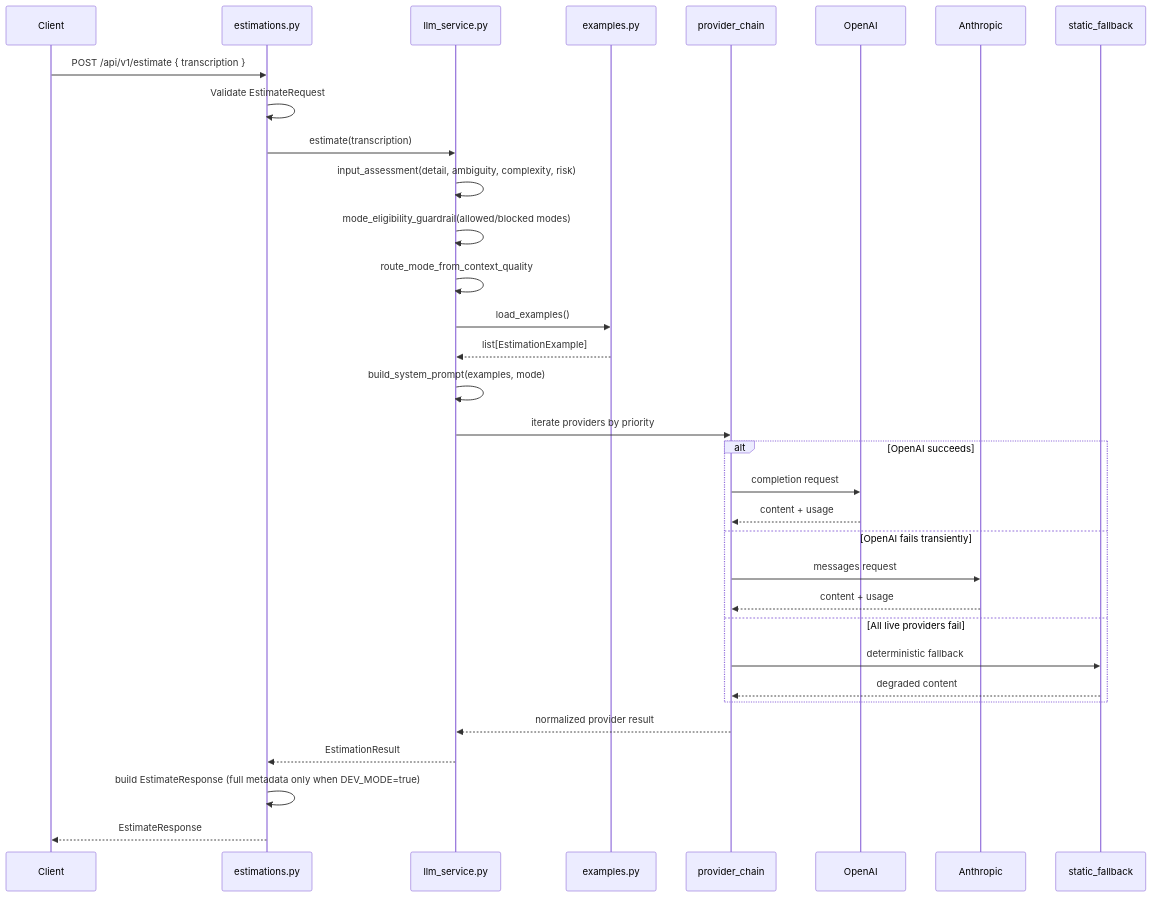
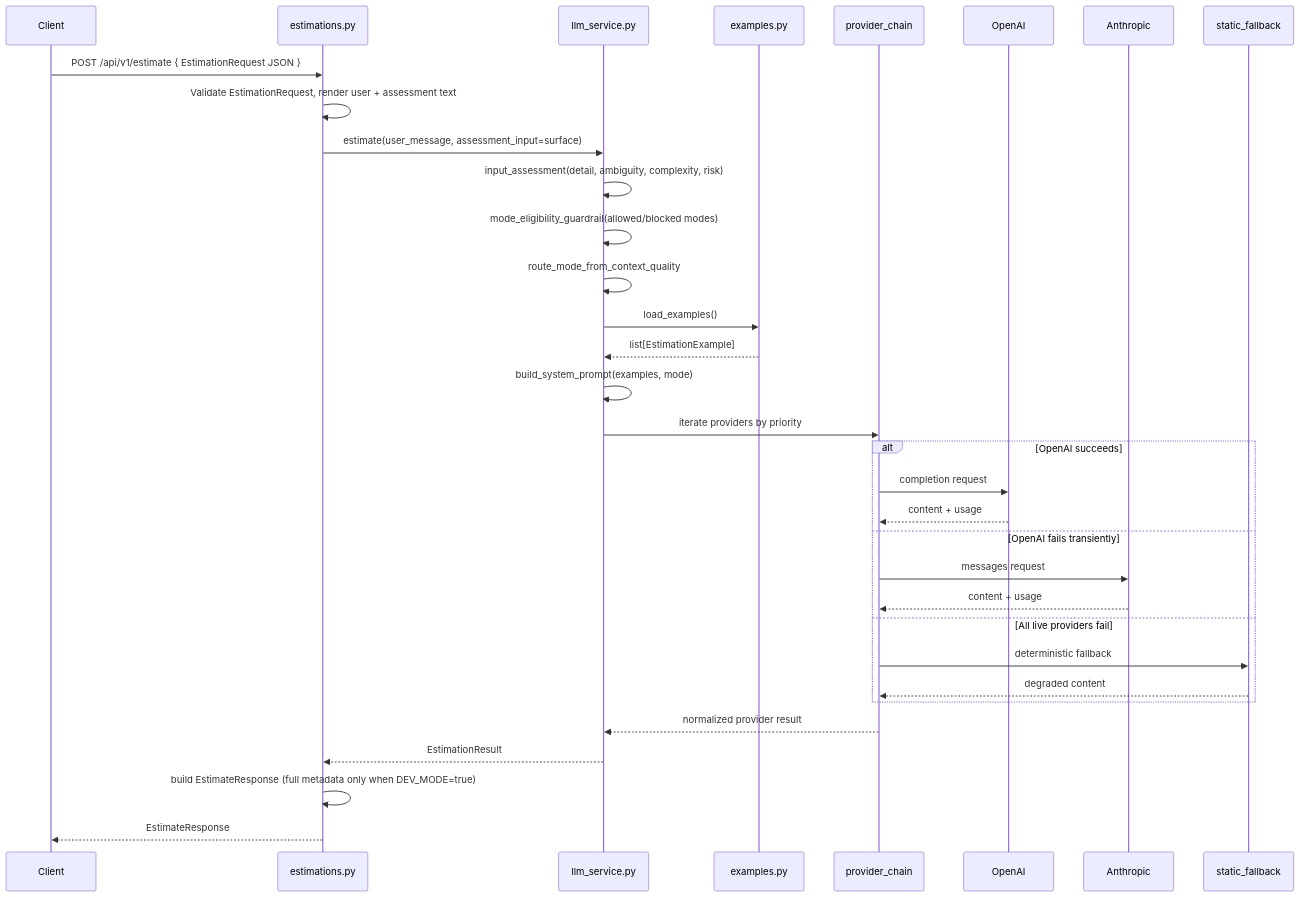
Before and after one commit to povedica/master-ia-lidr: the second of 2 diagrams in proyectos/estimador-cag/docs/technical/README.md, drawn with Mermaid. The commit also changed other lines of this file and 15 other files, not shown here.

Commit message:
feat(estimador-cag): guided EstimationRequest form and render pipeline

````diff
--- a/proyectos/estimador-cag/docs/technical/README.md
+++ b/proyectos/estimador-cag/docs/technical/README.md
@@ -283,36 +283,36 @@
 ```mermaid
 sequenceDiagram
     participant Client
     participant Router as estimations.py
     participant Service as llm_service.py
     participant Context as examples.py
     participant Chain as provider_chain
     participant OpenAI
     participant Anthropic
     participant Static as static_fallback
 
-    Client->>Router: POST /api/v1/estimate { transcription }
-    Router->>Router: Validate EstimateRequest
-    Router->>Service: estimate(transcription)
+    Client->>Router: POST /api/v1/estimate { EstimationRequest JSON }
+    Router->>Router: Validate EstimationRequest, render user + assessment text
+    Router->>Service: estimate(user_message, assessment_input=surface)
     Service->>Service: input_assessment(detail, ambiguity, complexity, risk)
     Service->>Service: mode_eligibility_guardrail(allowed/blocked modes)
     Service->>Service: route_mode_from_context_quality
     Service->>Context: load_examples()
     Context-->>Service: list[EstimationExample]
     Service->>Service: build_system_prompt(examples, mode)
     Service->>Chain: iterate providers by priority
     alt OpenAI succeeds
         Chain->>OpenAI: completion request
         OpenAI-->>Chain: content + usage
     else OpenAI fails transiently
         Chain->>Anthropic: messages request
         Anthropic-->>Chain: content + usage
     else All live providers fail
         Chain->>Static: deterministic fallback
         Static-->>Chain: degraded content
     end
     Chain-->>Service: normalized provider result
     Service-->>Router: EstimationResult
     Router->>Router: build EstimateResponse (full metadata only when DEV_MODE=true)
     Router-->>Client: EstimateResponse
 ```
````
